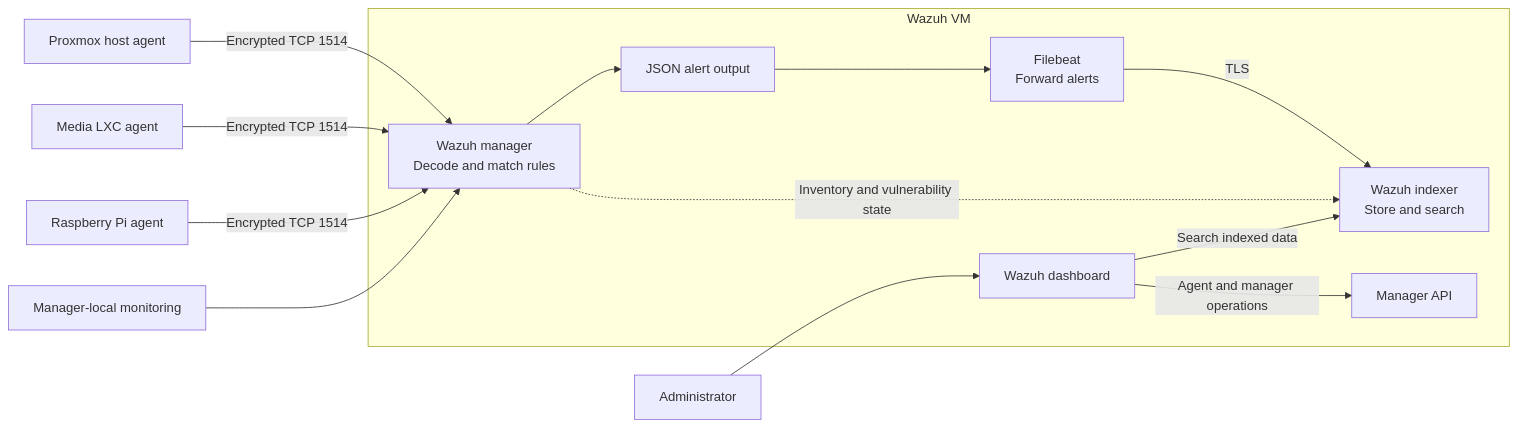
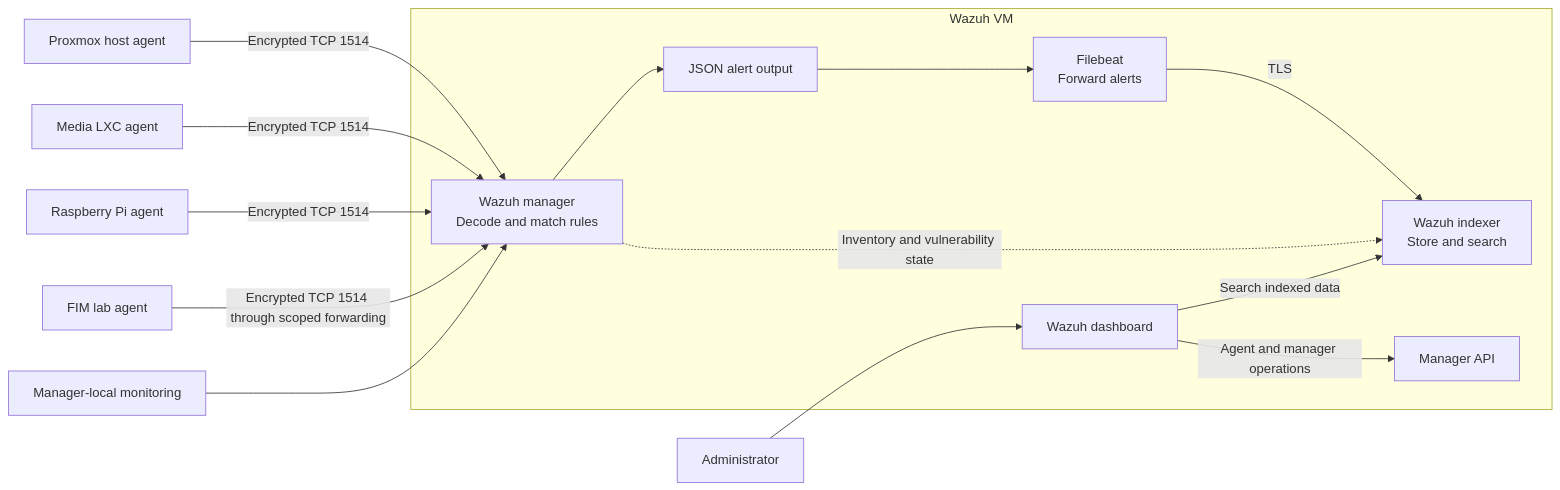
The diagram in README.md (J0N3B0I/Wazuh-Homelab), drawn with Mermaid before and after one commit. The commit also changed other lines of this file and 4 other files, not shown here.

Commit message:
Record completed FIM project and fourth active remote agent

````diff
--- a/README.md
+++ b/README.md
@@ -29,16 +33,17 @@
 ```mermaid
 flowchart LR
     Host["Proxmox host agent"] -->|Encrypted TCP 1514| Manager
     Media["Media LXC agent"] -->|Encrypted TCP 1514| Manager
     Pi["Raspberry Pi agent"] -->|Encrypted TCP 1514| Manager
+    Lab["FIM lab agent"] -->|Encrypted TCP 1514 through scoped forwarding| Manager
     Local["Manager-local monitoring"] --> Manager
     subgraph VM["Wazuh VM"]
         Manager["Wazuh manager<br/>Decode and match rules"] --> Alerts["JSON alert output"]
         Alerts --> Filebeat["Filebeat<br/>Forward alerts"]
         Filebeat -->|TLS| Indexer["Wazuh indexer<br/>Store and search"]
         Manager -.->|Inventory and vulnerability state| Indexer
         Dashboard["Wazuh dashboard"] -->|Search indexed data| Indexer
         Dashboard -->|Agent and manager operations| API["Manager API"]
     end
     Analyst["Administrator"] --> Dashboard
 ```
````
